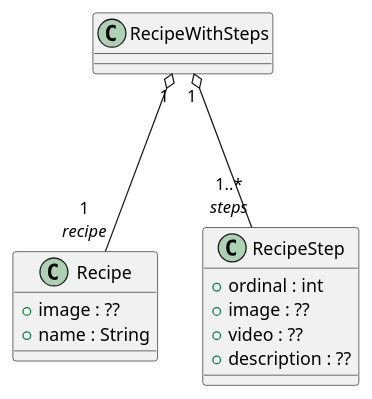
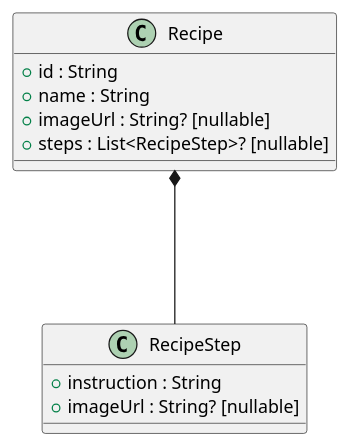
Before and after one commit to cervonwong/mint: the diagram in docs/diagrams/models_uml.puml, drawn with PlantUML. The commit also changed 20 other files, not shown here.

```diff
--- a/docs/diagrams/models_uml.puml
+++ b/docs/diagrams/models_uml.puml
@@ -1,20 +1,17 @@
 @startuml
 
 class Recipe {
-    + image : ??
+    + id : String
     + name : String
+    + imageUrl : String? [nullable]
+    + steps : List<RecipeStep>? [nullable]
 }
 
 class RecipeStep {
-    + ordinal : int
-    + image : ??
-    + video : ??
-    + description : ??
+    + instruction : String
+    + imageUrl : String? [nullable]
 }
 
-class RecipeWithSteps {}
-
-RecipeWithSteps "1" o--- "1\n<i>recipe" Recipe
-RecipeWithSteps "1" o--- "1..*\n<i>steps" RecipeStep
+Recipe *--- RecipeStep
 
 @enduml
```
